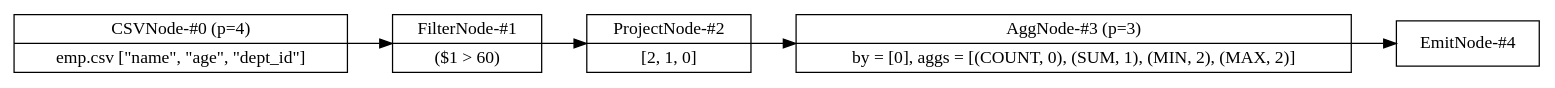
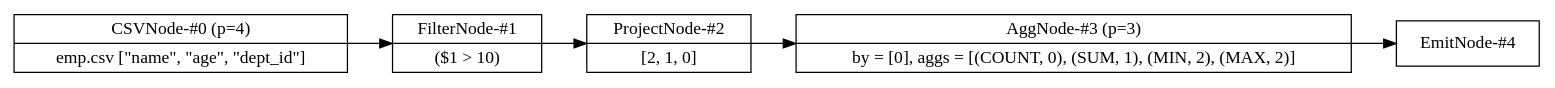
The diagram in src/data/flow.dot (adarshpannu/kona), drawn with Graphviz before and after one commit. The commit also changed 20 other files, not shown here.

```diff
--- a/src/data/flow.dot
+++ b/src/data/flow.dot
@@ -1,15 +1,15 @@
 digraph example1 {
     node [shape=record];
     rankdir=LR;
     splines=polyline;
     nodesep=0.5;
     Node0[label="CSVNode-#0 (p=4)|emp.csv [\"name\", \"age\", \"dept_id\"]"];
-    Node1[label="FilterNode-#1|($1 &gt; 60)"];
+    Node1[label="FilterNode-#1|($1 &gt; 10)"];
     Node0 -> Node1;
     Node2[label="ProjectNode-#2|[2, 1, 0]"];
     Node1 -> Node2;
     Node3[label="AggNode-#3 (p=3)|by = [0], aggs = [(COUNT, 0), (SUM, 1), (MIN, 2), (MAX, 2)]"];
     Node2 -> Node3;
     Node4[label="EmitNode-#4"];
     Node3 -> Node4;
 }
```
